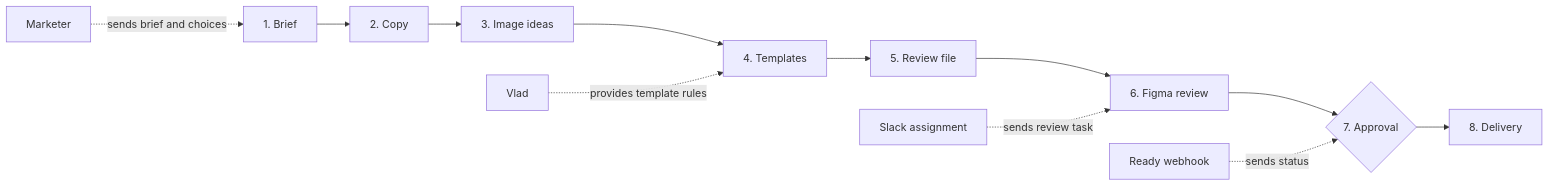
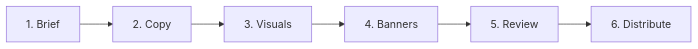
One commit to roman-kovbasyuk/brutalist-design-system changed the diagram in docs-site/workflow.md. Above: the diagram before and after it, drawn with Mermaid. The commit also changed other lines of this file and 271 other files, not shown here.

````diff
--- a/docs-site/workflow.md
+++ b/docs-site/workflow.md
@@ -7,14 +7,8 @@
 ```mermaid
 flowchart LR
   A[1. Brief] --> B[2. Copy]
-  B --> C[3. Image ideas]
-  C --> D[4. Templates]
-  D --> E[5. Review file]
-  E --> F[6. Figma review]
-  F --> G{7. Approval}
-  G --> H[8. Delivery]
-  M[Marketer] -. sends brief and choices .-> A
-  V[Vlad] -. provides template rules .-> D
-  S[Slack assignment] -. sends review task .-> F
-  W[Ready webhook] -. sends status .-> G
+  B --> C[3. Visuals]
+  C --> D[4. Banners]
+  D --> E[5. Review]
+  E --> F[6. Distribute]
 ```
````
